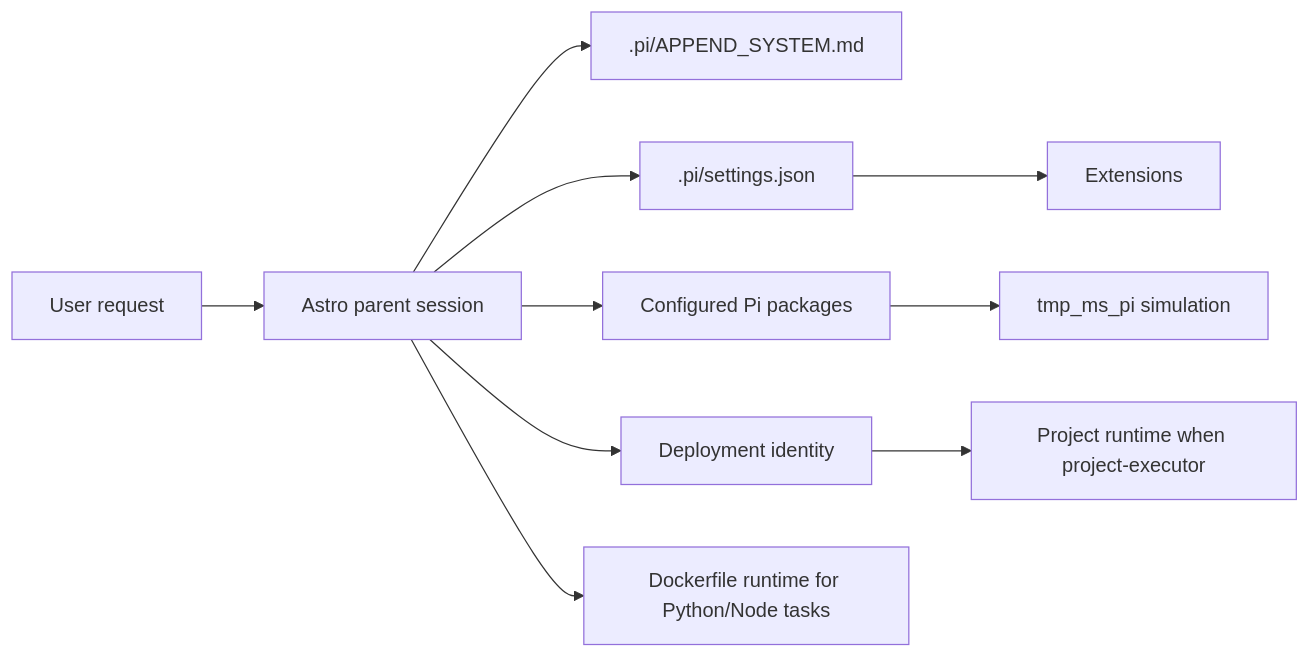
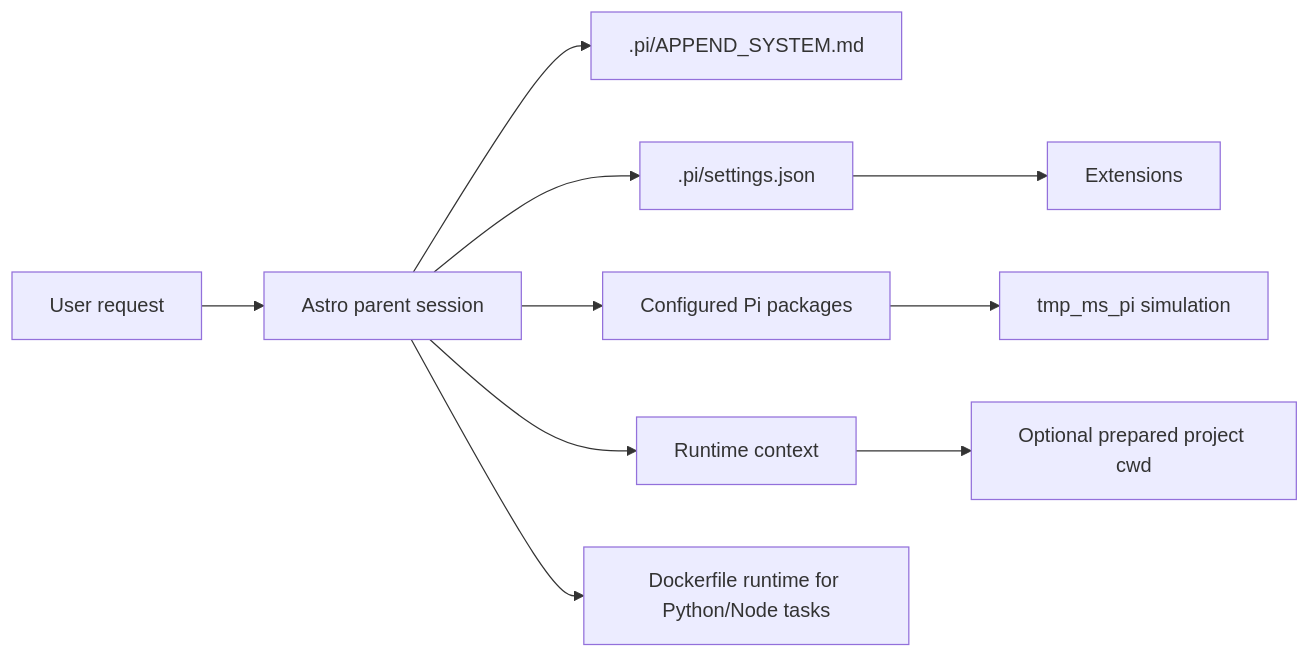
The diagram in docs/README.md (mainsequence-sdk/ms-tau-sdk), drawn with Mermaid before and after one commit. The commit also changed other lines of this file and 24 other files, not shown here.

````diff
--- a/docs/README.md
+++ b/docs/README.md
@@ -25,15 +25,15 @@
 ```mermaid
 flowchart LR
     U["User request"] --> P["Astro parent session"]
     P --> SYS[".pi/APPEND_SYSTEM.md"]
     P --> SET[".pi/settings.json"]
     SET --> EXT["Extensions"]
 
     P --> PKG["Configured Pi packages"]
     PKG --> MSPI["tmp_ms_pi simulation"]
 
-    P --> IDENTITY["Deployment identity"]
-    IDENTITY --> TARGET["Project runtime when project-executor"]
+    P --> CTX["Runtime context"]
+    CTX --> TARGET["Optional prepared project cwd"]
 
     P --> DOCKER["Dockerfile runtime for Python/Node tasks"]
 ```
````
